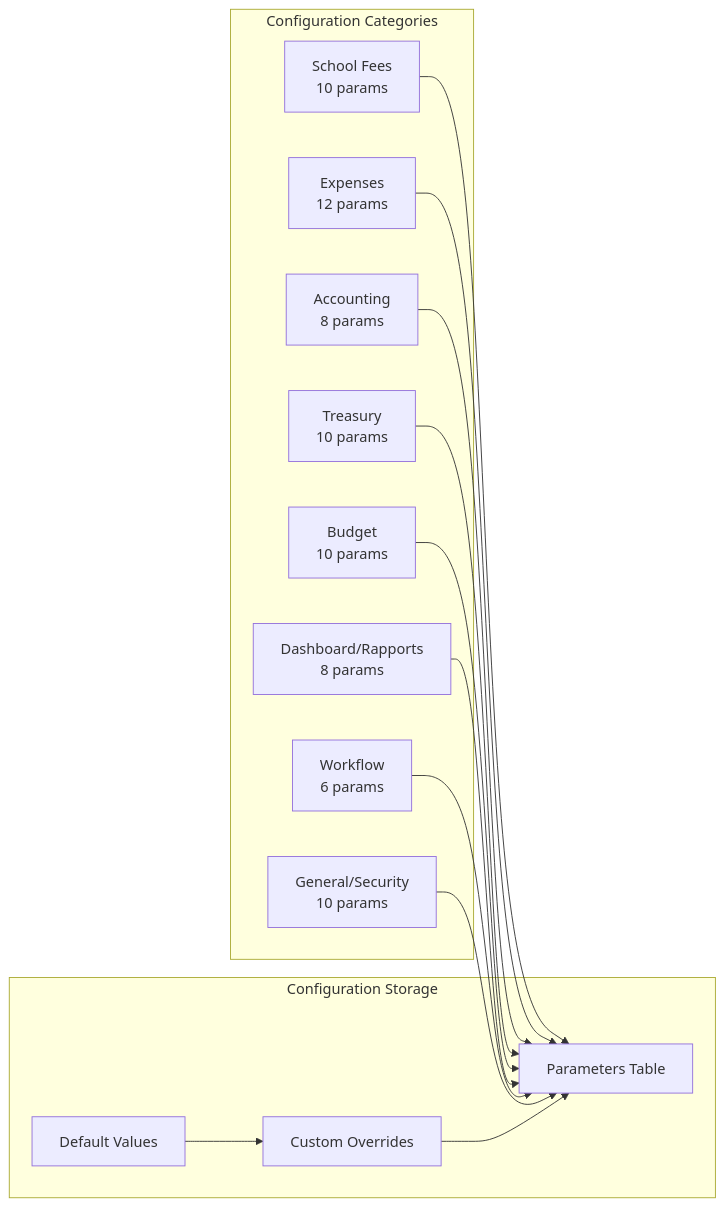
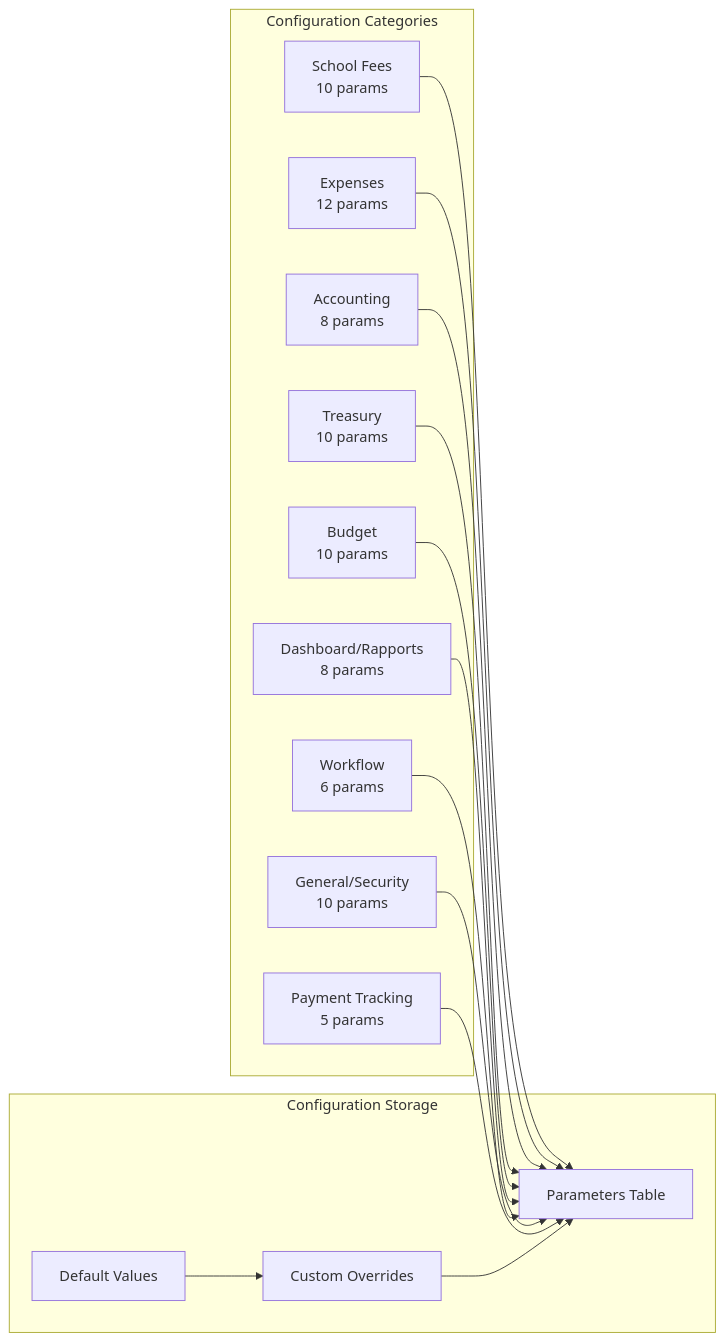
Before and after one commit to franckylab/eLISAschool: the sixth of 12 diagrams in .qoder/repowiki/en/content/Modules & Features/Administrative Modules/Financial Management Module.md, drawn with Mermaid. The commit also changed other lines of this file and 433 other files, not shown here.

````diff
--- a/.qoder/repowiki/en/content/Modules & Features/Administrative Modules/Financial Management Module.md
+++ b/.qoder/repowiki/en/content/Modules & Features/Administrative Modules/Financial Management Module.md
@@ -331,28 +370,30 @@
 ```mermaid
 graph LR
 subgraph "Configuration Categories"
 SCOL[School Fees<br/>10 params]
 DEPS[Expenses<br/>12 params]
 COMP[Accounting<br/>8 params]
 TRES[Treasury<br/>10 params]
 BUD[Budget<br/>10 params]
 DASH[Dashboard/Rapports<br/>8 params]
 WORK[Workflow<br/>6 params]
 GEN[General/Security<br/>10 params]
+SUivi[Payment Tracking<br/>5 params]
 end
 subgraph "Configuration Storage"
 PARAM[Parameters Table]
 DEFAULT[Default Values]
 CUSTOM[Custom Overrides]
 end
 SCOL --> PARAM
 DEPS --> PARAM
 COMP --> PARAM
 TRES --> PARAM
 BUD --> PARAM
 DASH --> PARAM
 WORK --> PARAM
 GEN --> PARAM
+SUivi --> PARAM
 DEFAULT --> CUSTOM
 CUSTOM --> PARAM
 ```
````
